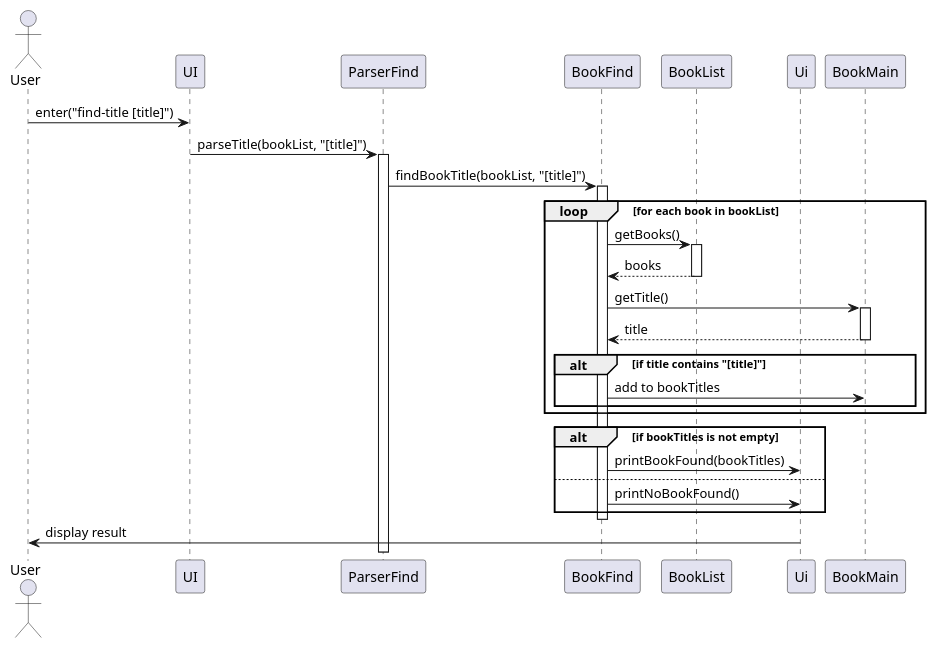
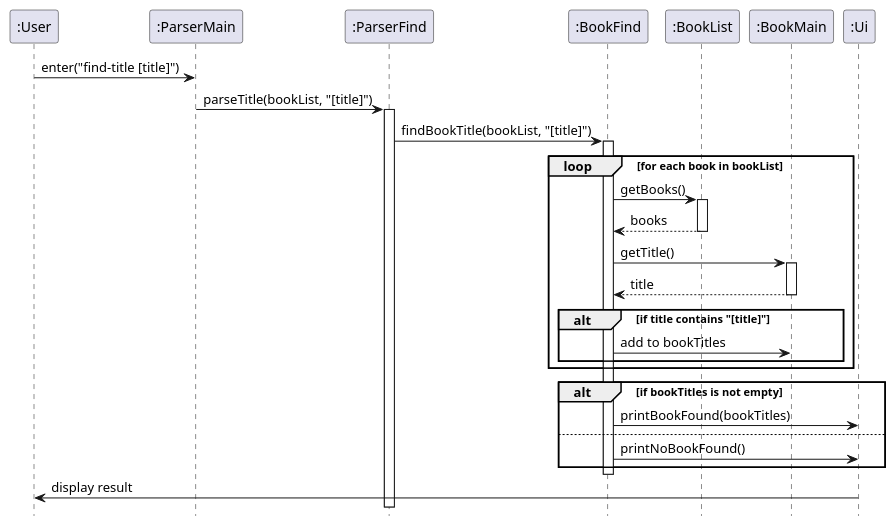
One commit to AY2324S2-CS2113-F15-4/tp changed the diagram in docs/UML_Files/BookFindSequenceDiagram.puml. Above: the diagram before and after it, drawn with PlantUML. The commit also changed 4 other files, not shown here.

```diff
--- a/docs/UML_Files/BookFindSequenceDiagram.puml
+++ b/docs/UML_Files/BookFindSequenceDiagram.puml
@@ -1,40 +1,42 @@
 @startuml
-actor User
-participant "UI" as UI
-participant "ParserFind" as ParserFind
-participant "BookFind" as BookFind
-participant "BookList" as BookList
-participant "Ui" as Ui
+hide footbox
+participant ":User" as User
+participant ":ParserMain" as ParserMain
+participant ":ParserFind" as ParserFind
+participant ":BookFind" as BookFind
+participant ":BookList" as BookList
+participant ":BookMain" as BookMain
+participant ":Ui" as Ui
 
-User -> UI: enter("find-title [title]")
-UI -> ParserFind: parseTitle(bookList, "[title]")
+User -> ParserMain: enter("find-title [title]")
+ParserMain -> ParserFind: parseTitle(bookList, "[title]")
 activate ParserFind
 
 ParserFind -> BookFind: findBookTitle(bookList, "[title]")
 activate BookFind
 
 loop for each book in bookList
     BookFind -> BookList: getBooks()
     activate BookList
     BookList --> BookFind: books
     deactivate BookList
 
     BookFind -> BookMain: getTitle()
     activate BookMain
     BookMain --> BookFind: title
     deactivate BookMain
 
     alt if title contains "[title]"
         BookFind -> BookMain: add to bookTitles
     end
 end
 
 alt if bookTitles is not empty
     BookFind -> Ui: printBookFound(bookTitles)
 else
     BookFind -> Ui: printNoBookFound()
 end
 
 deactivate BookFind
 Ui -> User: display result
 @enduml
```
